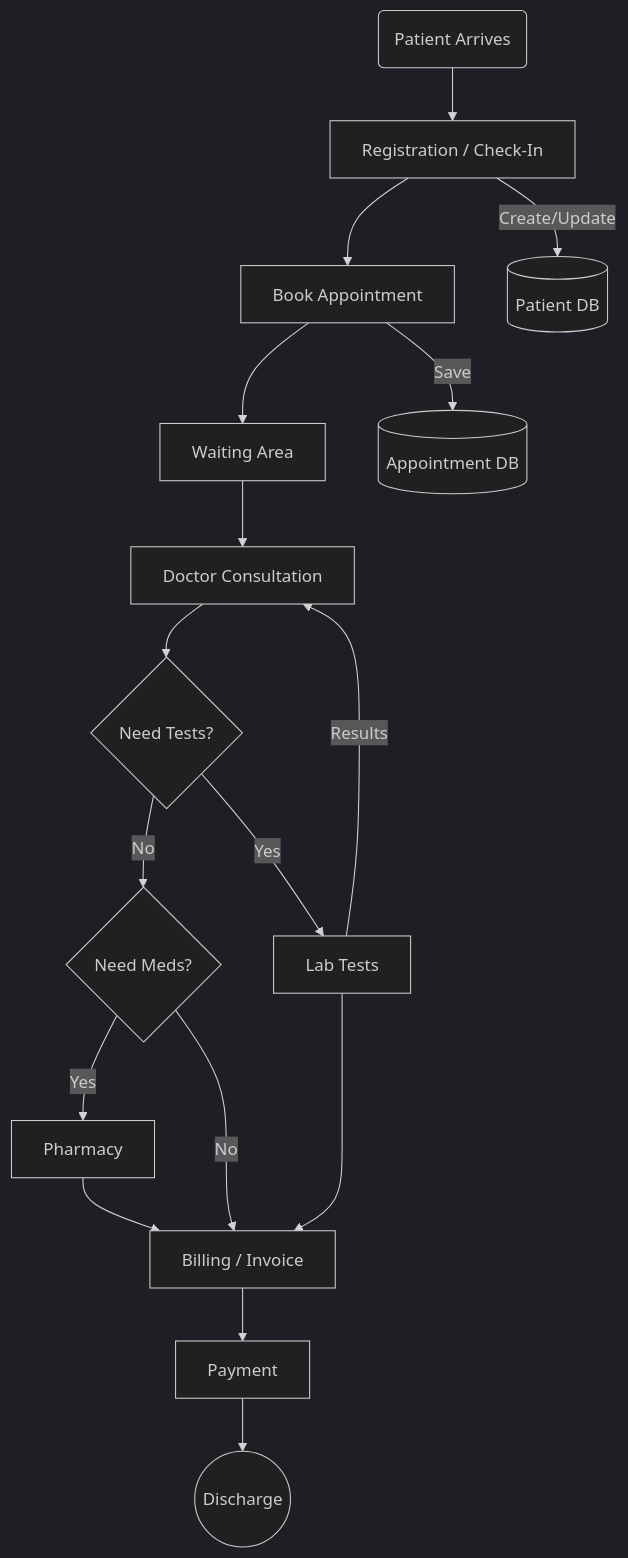
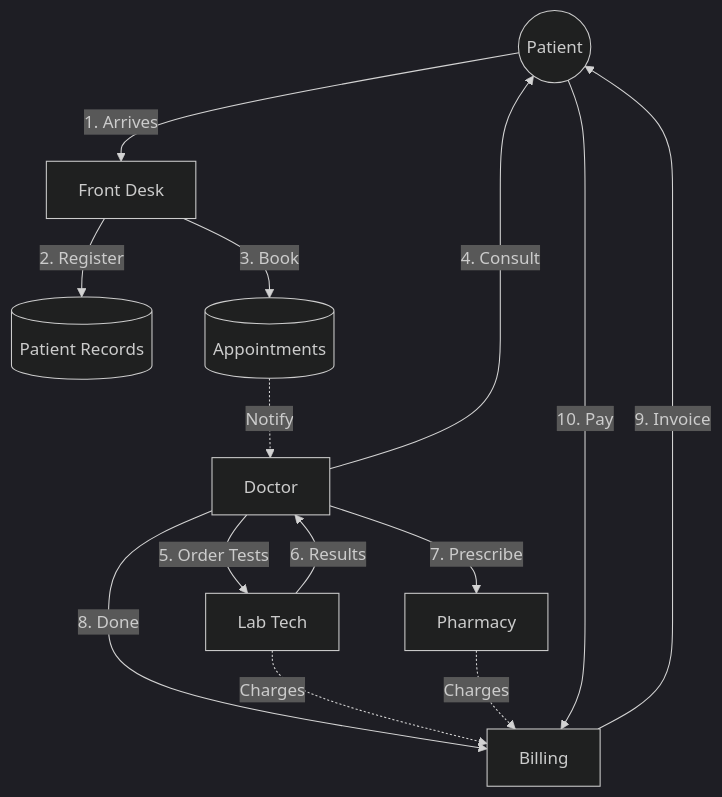
The diagram in docs/PROJECT_FLOWS.md (arshaddodhiya-collab/hms-v3), drawn with Mermaid (dark theme) before and after one commit.

Commit message:
flow md version 3

````diff
--- a/docs/PROJECT_FLOWS.md
+++ b/docs/PROJECT_FLOWS.md
@@ -86,42 +86,42 @@
 ```mermaid
 flowchart TD
-    %% Nodes
-    Arrive(Patient Arrives)
-    RegStep[Registration / Check-In]
-    ApptStep[Book Appointment]
-    Wait[Waiting Area]
-    Consult[Doctor Consultation]
-    TestDec{Need Tests?}
-    MedsDec{Need Meds?}
-    Lab[Lab Tests]
-    Pharm[Pharmacy]
-    Bill[Billing / Invoice]
-    Pay[Payment]
-    Discharge((Discharge))
+    %% Actors / Nodes
+    P((Patient))
+    FD[Front Desk]
+    DOC[Doctor]
+    LAB[Lab Tech]
+    PHARM[Pharmacy]
+    BILL[Billing]
+    
+    %% Databases
+    DB_P[(Patient Records)]
+    DB_A[(Appointments)]
 
-    %% Data Stores
-    DB_P[(Patient DB)]
-    DB_A[(Appointment DB)]
-
-    %% Connections
-    Arrive --> RegStep
-    RegStep -->|Create/Update| DB_P
-    RegStep --> ApptStep
-    ApptStep -->|Save| DB_A
-    ApptStep --> Wait
-    Wait --> Consult
+    %% Flow Steps
     
-    Consult --> TestDec
-    TestDec -->|Yes| Lab
-    Lab -->|Results| Consult
-    TestDec -->|No| MedsDec
+    %% 1. Entry
+    P -->|1. Arrives| FD
     
-    MedsDec -->|Yes| Pharm
-    Pharm --> Bill
-    MedsDec -->|No| Bill
+    %% 2. Registration & Booking
+    FD -->|2. Register| DB_P
+    FD -->|3. Book| DB_A
+    DB_A -.->|Notify| DOC
     
-    Lab --> Bill
+    %% 3. Consultation
+    DOC -->|4. Consult| P
     
-    Bill --> Pay
-    Pay --> Discharge
+    %% 4. Tests & Meds
+    DOC -->|5. Order Tests| LAB
+    LAB -->|6. Results| DOC
+    
+    DOC -->|7. Prescribe| PHARM
+    
+    %% 5. Billing
+    DOC -->|8. Done| BILL
+    LAB -.->|Charges| BILL
+    PHARM -.->|Charges| BILL
+    
+    %% 6. Exit
+    BILL -->|9. Invoice| P
+    P -->|10. Pay| BILL
 ```
````
